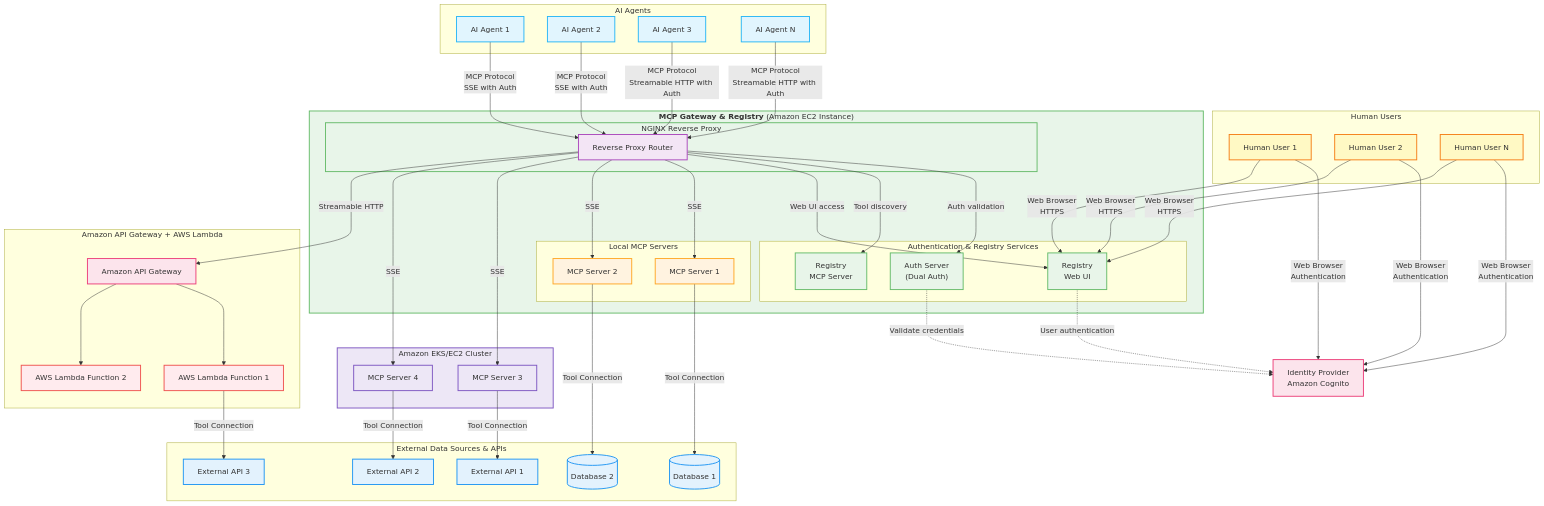
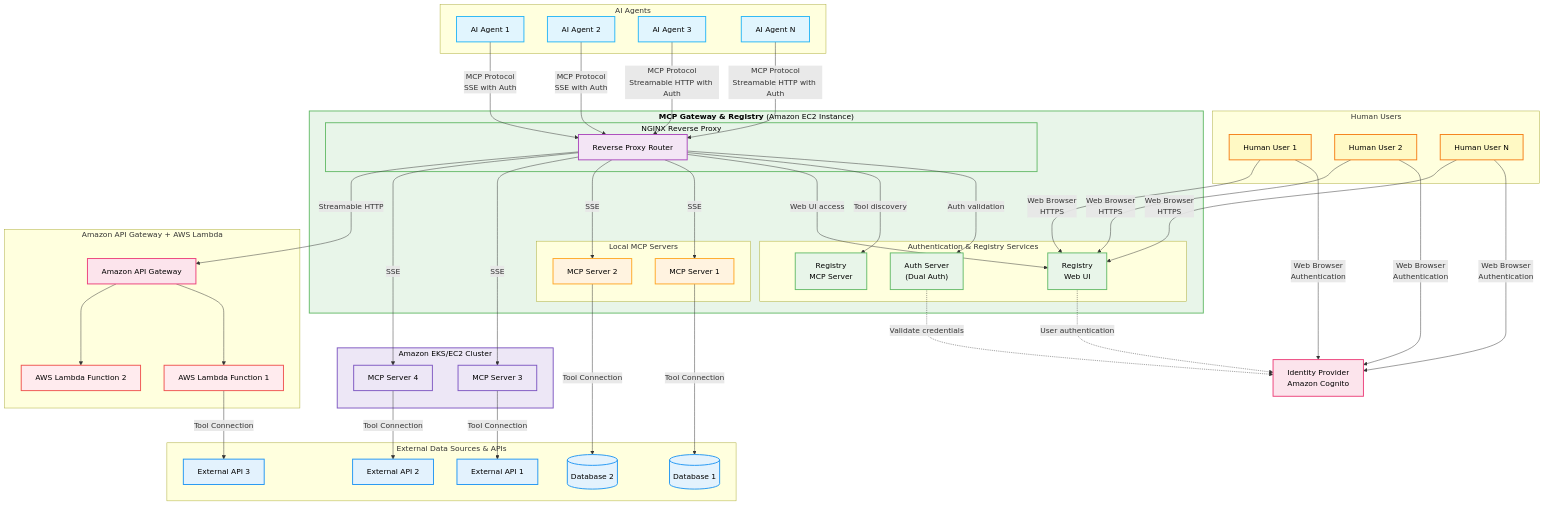
The diagram in docs/index.md (jrmatherly/mcp-registry-gateway), drawn with Mermaid before and after one commit. The commit also changed 3 other files, not shown here.

First line of the commit message:
``` docs: add explicit black text color to all Mermaid diagram styles for dark mode compatibility

```diff
--- a/docs/index.md
+++ b/docs/index.md
@@ -184,16 +184,16 @@
     MCP_EKS2 -->|Tool Connection| API2
     Lambda1 -->|Tool Connection| API3
 
-    %% Style definitions
-    classDef user fill:#fff9c4,stroke:#f57f17,stroke-width:2px
-    classDef agent fill:#e1f5fe,stroke:#29b6f6,stroke-width:2px
-    classDef gateway fill:#e8f5e9,stroke:#66bb6a,stroke-width:2px
-    classDef nginx fill:#f3e5f5,stroke:#ab47bc,stroke-width:2px
-    classDef mcpServer fill:#fff3e0,stroke:#ffa726,stroke-width:2px
-    classDef eks fill:#ede7f6,stroke:#7e57c2,stroke-width:2px
-    classDef apiGw fill:#fce4ec,stroke:#ec407a,stroke-width:2px
-    classDef lambda fill:#ffebee,stroke:#ef5350,stroke-width:2px
-    classDef dataSource fill:#e3f2fd,stroke:#2196f3,stroke-width:2px
+    %% Style definitions - explicit color:#000 ensures text visibility in dark mode
+    classDef user fill:#fff9c4,stroke:#f57f17,stroke-width:2px,color:#000
+    classDef agent fill:#e1f5fe,stroke:#29b6f6,stroke-width:2px,color:#000
+    classDef gateway fill:#e8f5e9,stroke:#66bb6a,stroke-width:2px,color:#000
+    classDef nginx fill:#f3e5f5,stroke:#ab47bc,stroke-width:2px,color:#000
+    classDef mcpServer fill:#fff3e0,stroke:#ffa726,stroke-width:2px,color:#000
+    classDef eks fill:#ede7f6,stroke:#7e57c2,stroke-width:2px,color:#000
+    classDef apiGw fill:#fce4ec,stroke:#ec407a,stroke-width:2px,color:#000
+    classDef lambda fill:#ffebee,stroke:#ef5350,stroke-width:2px,color:#000
+    classDef dataSource fill:#e3f2fd,stroke:#2196f3,stroke-width:2px,color:#000
 
     %% Apply styles
     class User1,User2,UserN user
```
